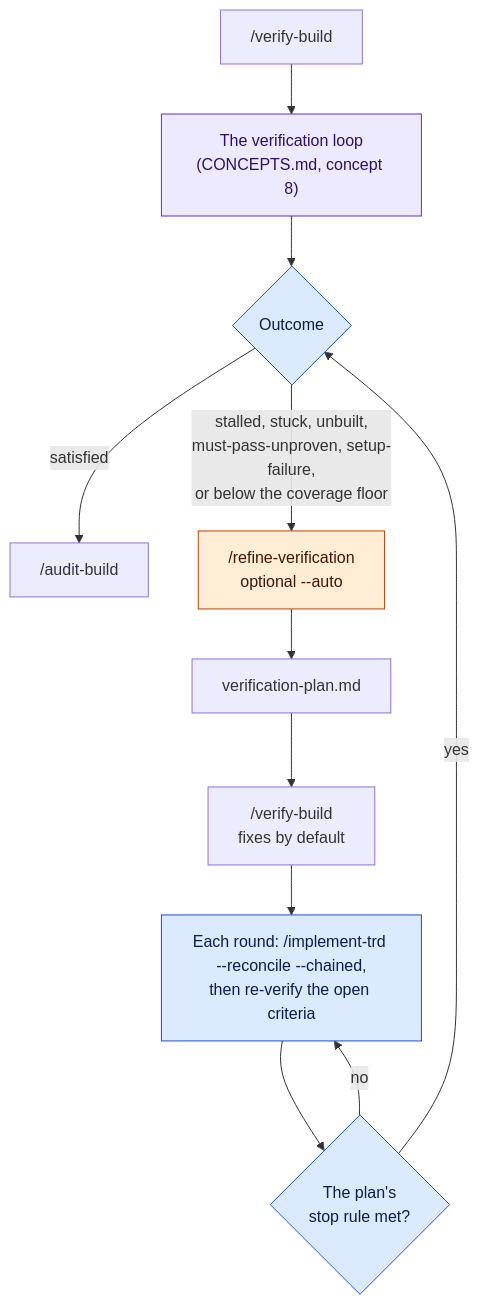
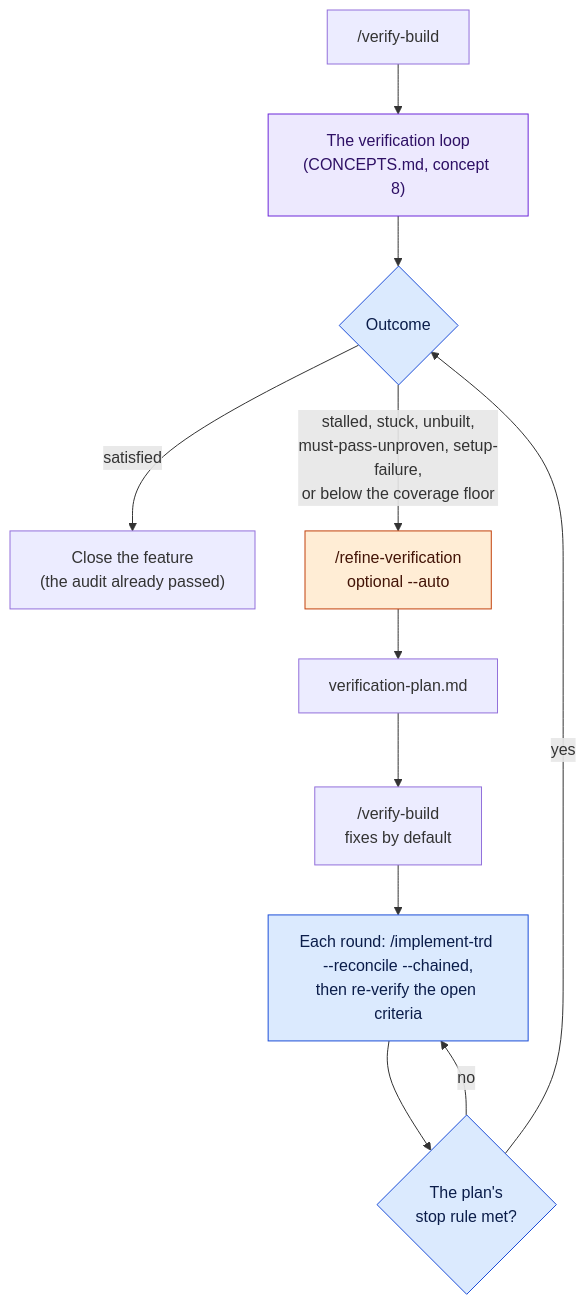
Before and after one commit to FortiumPartners/ensemble-vnext: the tenth of 13 diagrams in docs/guides/PROCESS.md, drawn with Mermaid. The commit also changed other lines of this file and 19 other files, not shown here.

````diff
--- a/docs/guides/PROCESS.md
+++ b/docs/guides/PROCESS.md
@@ -387,12 +391,12 @@
 ```mermaid
 flowchart TD
     vb["/verify-build"] --> loop["The verification loop<br/>(CONCEPTS.md, concept 8)"]:::model --> o{"Outcome"}:::code
-    o -->|"satisfied"| ab["/audit-build"]
+    o -->|"satisfied"| ab["Close the feature<br/>(the audit already passed)"]
     o -->|"stalled, stuck, unbuilt,<br/>must-pass-unproven, setup-failure,<br/>or below the coverage floor"| rec["/refine-verification<br/>optional --auto"]:::you --> plan["verification-plan.md"] --> fix["/verify-build<br/>fixes by default"]
     fix --> round["Each round: /implement-trd --reconcile --chained,<br/>then re-verify the open criteria"]:::code --> sr{"The plan's<br/>stop rule met?"}:::code
     sr -->|"no"| round
     sr -->|"yes"| o
     classDef code fill:#dbeafe,stroke:#1d4ed8,color:#0b1d4a
     classDef model fill:#ede9fe,stroke:#6d28d9,color:#2e1065
     classDef you fill:#ffedd5,stroke:#c2410c,color:#431407
 ```
````
